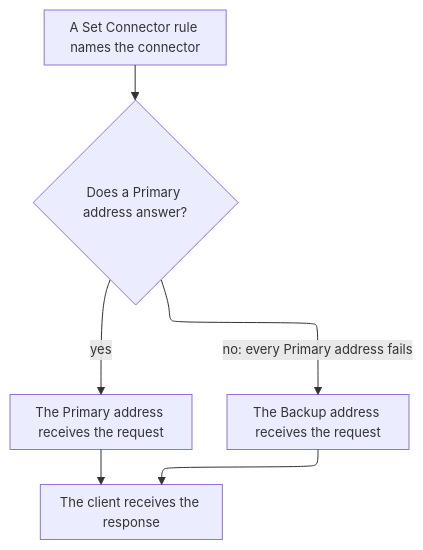
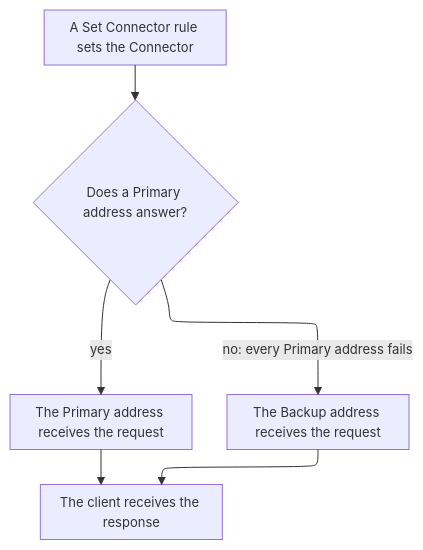
One commit to aziontech/docs changed the diagram in apps/docs/src/content/docs/en/pages/guides/availability/add-a-backup-origin-to-a-connector.mdx. Above: the diagram before and after it, drawn with Mermaid. The commit also changed other lines of this file and 83 other files, not shown here.

````diff
--- a/apps/docs/src/content/docs/en/pages/guides/availability/add-a-backup-origin-to-a-connector.mdx
+++ b/apps/docs/src/content/docs/en/pages/guides/availability/add-a-backup-origin-to-a-connector.mdx
@@ -21,9 +21,9 @@
 ```mermaid
 %%{init: {"layout": "elk", "themeVariables": {"fontSize": "13px"}, "flowchart": {"nodeSpacing": 24, "rankSpacing": 36, "padding": 8, "wrappingWidth": 150, "useMaxWidth": true}, "sequence": {"width": 120, "actorMargin": 30, "useMaxWidth": true}}}%%
 flowchart TD
-  Rule["A Set Connector rule names the connector"] --> Role{"Does a Primary address answer?"}
+  Rule["A Set Connector rule sets the Connector"] --> Role{"Does a Primary address answer?"}
   Role -->|"yes"| Primary["The Primary address receives the request"]
   Role -->|"no: every Primary address fails"| Backup["The Backup address receives the request"]
   Primary --> Client["The client receives the response"]
   Backup --> Client
 ```
````
